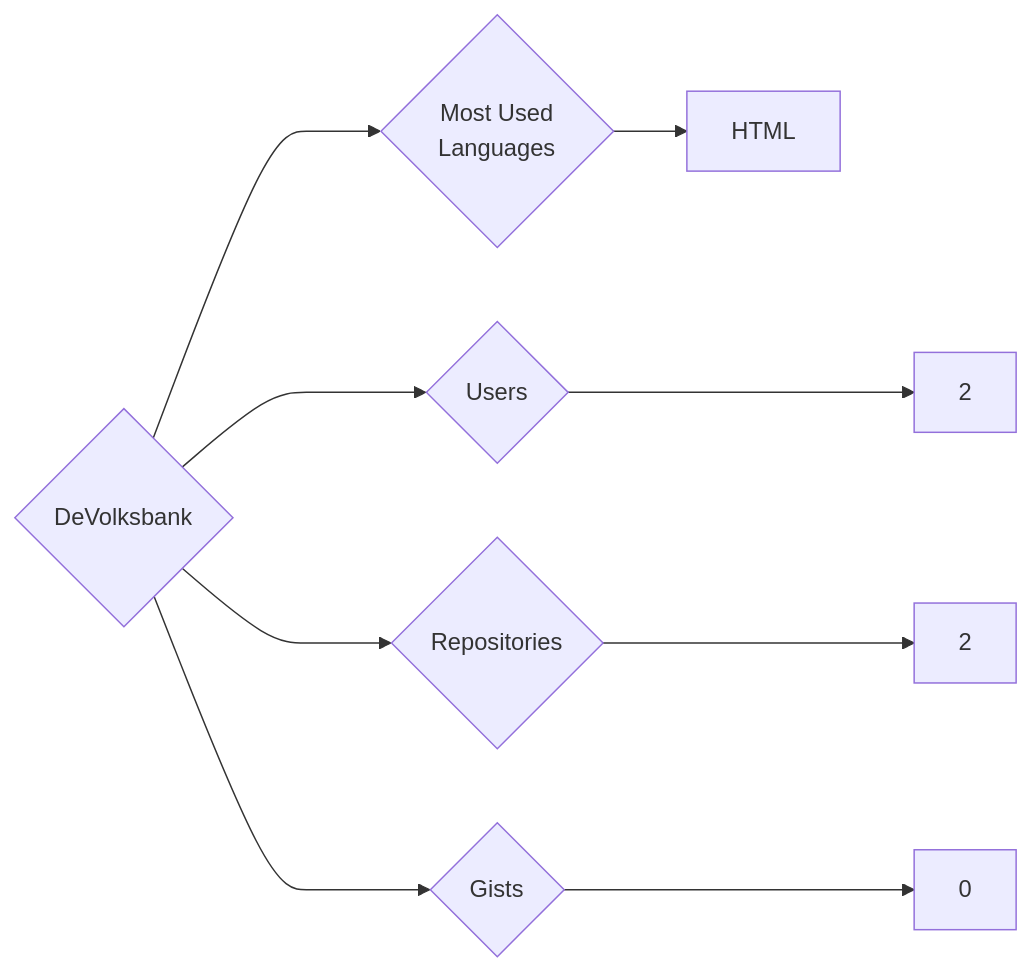
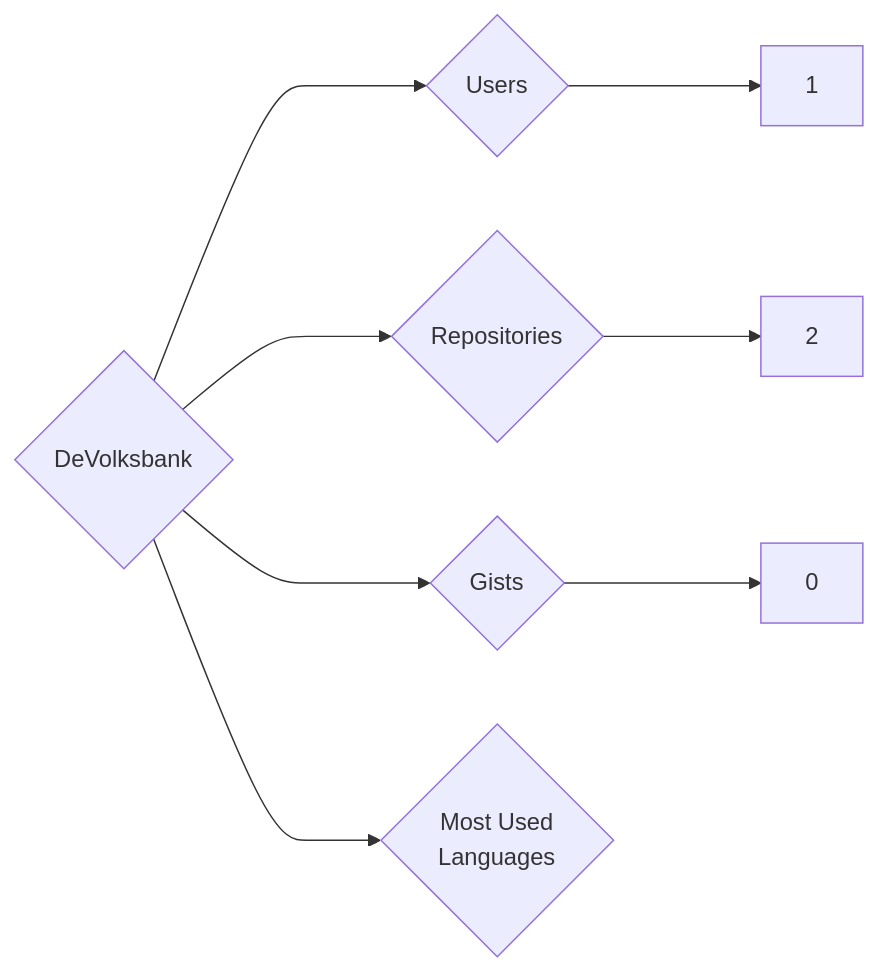
Before and after one commit to trickest/insiders: the diagram in targets/DeVolksbank/README.md, drawn with Mermaid. The commit also changed 1007 other files, not shown here.

````diff
--- a/targets/DeVolksbank/README.md
+++ b/targets/DeVolksbank/README.md
@@ -3,9 +3,8 @@
 ```mermaid
 graph LR
 COMPANY_NAME{DeVolksbank}
-COMPANY_NAME ---> U{Users} ---> UN[2]
+COMPANY_NAME ---> U{Users} ---> UN[1]
 COMPANY_NAME ---> R{Repositories} ---> RN[2]
 COMPANY_NAME ---> G{Gists} ---> GN[0]
 COMPANY_NAME ---> ML{Most Used<br>Languages}
-ML --> HTML[HTML]
 ```
````
